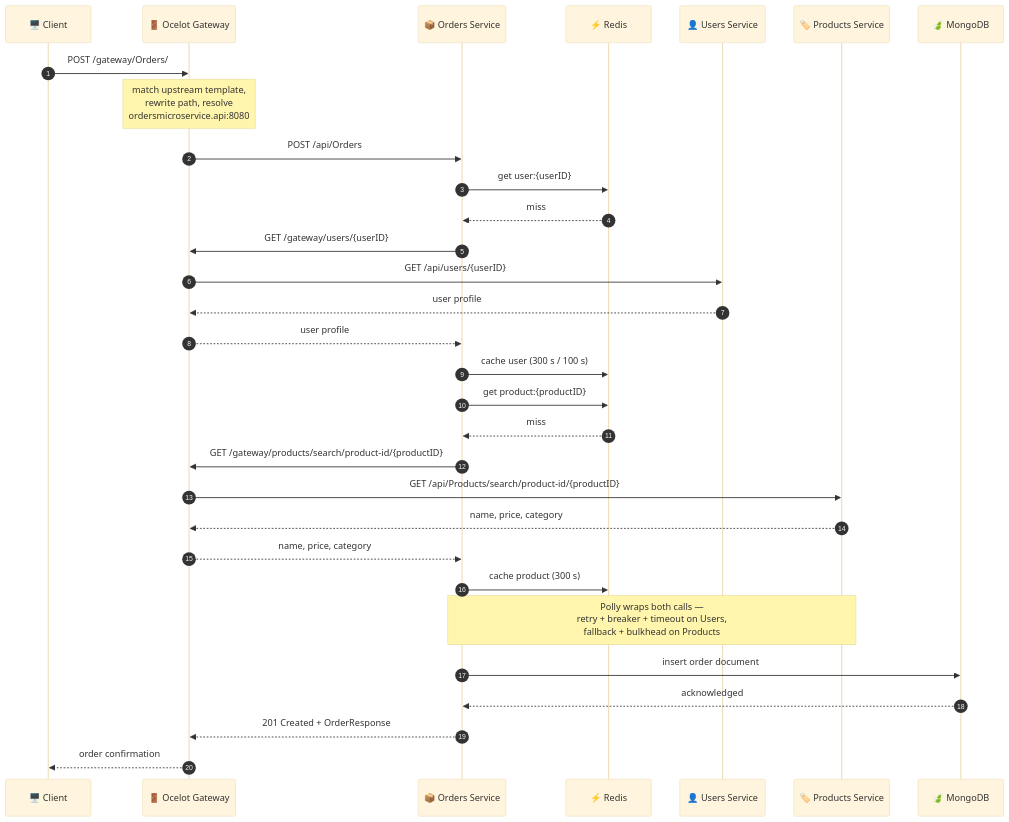
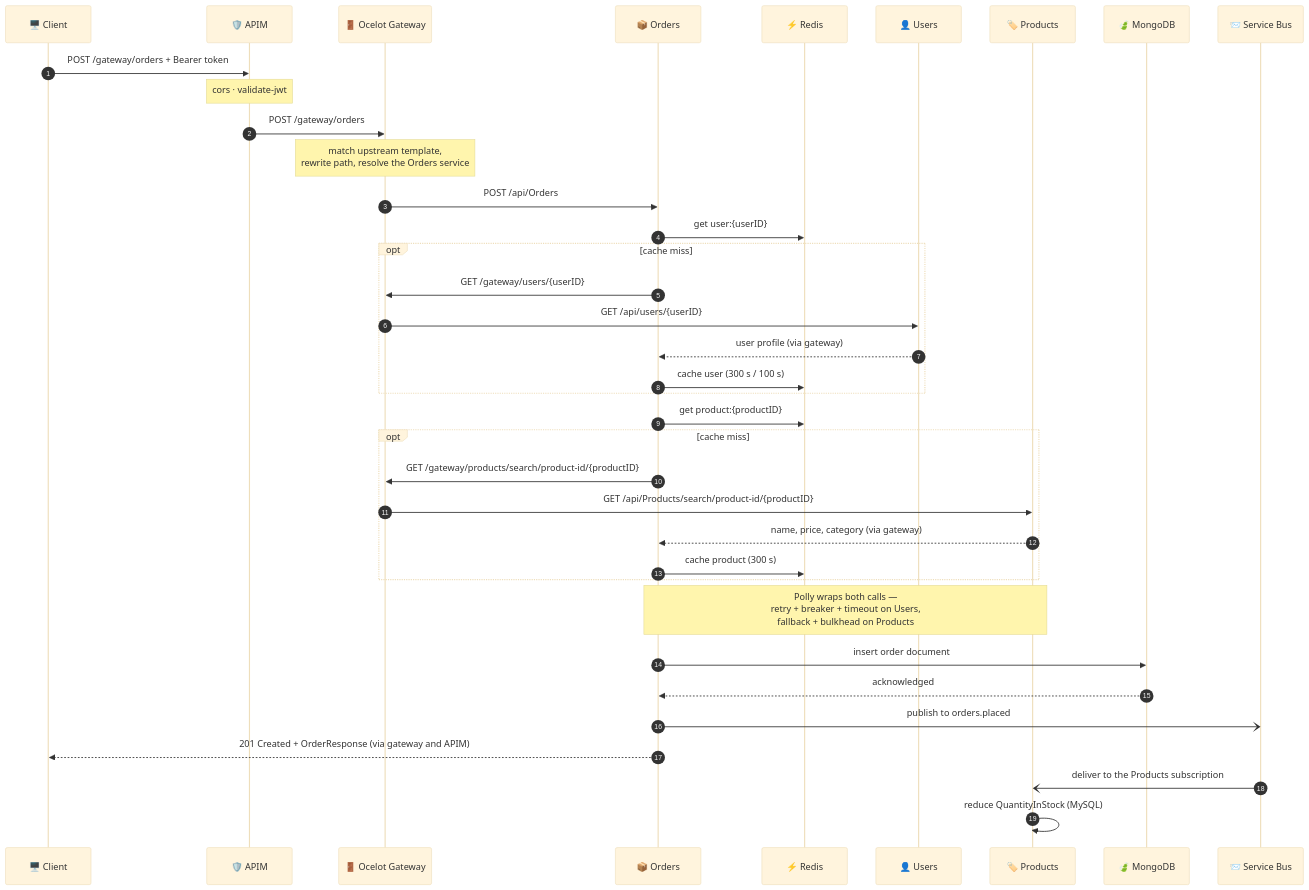
The seventh of 9 diagrams in readme.md (sayanpr8175/eCommerceSolution.OrdersService), drawn with Mermaid (base theme) before and after one commit. The commit also changed other lines of this file, not shown here.

````diff
--- a/readme.md
+++ b/readme.md
@@ -377,38 +799,44 @@
 ```mermaid
 sequenceDiagram
     autonumber
     participant C as 🖥️ Client
+    participant A as 🛡️ APIM
     participant G as 🚪 Ocelot Gateway
-    participant O as 📦 Orders Service
+    participant O as 📦 Orders
     participant R as ⚡ Redis
-    participant U as 👤 Users Service
-    participant P as 🏷️ Products Service
+    participant U as 👤 Users
+    participant P as 🏷️ Products
     participant M as 🍃 MongoDB
+    participant SB as 📨 Service Bus
 
-    C->>G: POST /gateway/Orders/
-    Note over G: match upstream template,<br/>rewrite path, resolve<br/>ordersmicroservice.api:8080
+    C->>A: POST /gateway/orders + Bearer token
+    Note over A: cors · validate-jwt
+    A->>G: POST /gateway/orders
+    Note over G: match upstream template,<br/>rewrite path, resolve the Orders service
     G->>O: POST /api/Orders
 
     O->>R: get user:{userID}
-    R-->>O: miss
-    O->>G: GET /gateway/users/{userID}
-    G->>U: GET /api/users/{userID}
-    U-->>G: user profile
-    G-->>O: user profile
-    O->>R: cache user (300 s / 100 s)
+    opt cache miss
+        O->>G: GET /gateway/users/{userID}
+        G->>U: GET /api/users/{userID}
+        U-->>O: user profile (via gateway)
+        O->>R: cache user (300 s / 100 s)
+    end
 
     O->>R: get product:{productID}
-    R-->>O: miss
-    O->>G: GET /gateway/products/search/product-id/{productID}
-    G->>P: GET /api/Products/search/product-id/{productID}
-    P-->>G: name, price, category
-    G-->>O: name, price, category
-    O->>R: cache product (300 s)
+    opt cache miss
+        O->>G: GET /gateway/products/search/product-id/{productID}
+        G->>P: GET /api/Products/search/product-id/{productID}
+        P-->>O: name, price, category (via gateway)
+        O->>R: cache product (300 s)
+    end
 
     Note over O,P: Polly wraps both calls —<br/>retry + breaker + timeout on Users,<br/>fallback + bulkhead on Products
 
     O->>M: insert order document
     M-->>O: acknowledged
-    O-->>G: 201 Created + OrderResponse
-    G-->>C: order confirmation
+    O-)SB: publish to orders.placed
+    O-->>C: 201 Created + OrderResponse (via gateway and APIM)
+    SB-)P: deliver to the Products subscription
+    P->>P: reduce QuantityInStock (MySQL)
 ```
````
